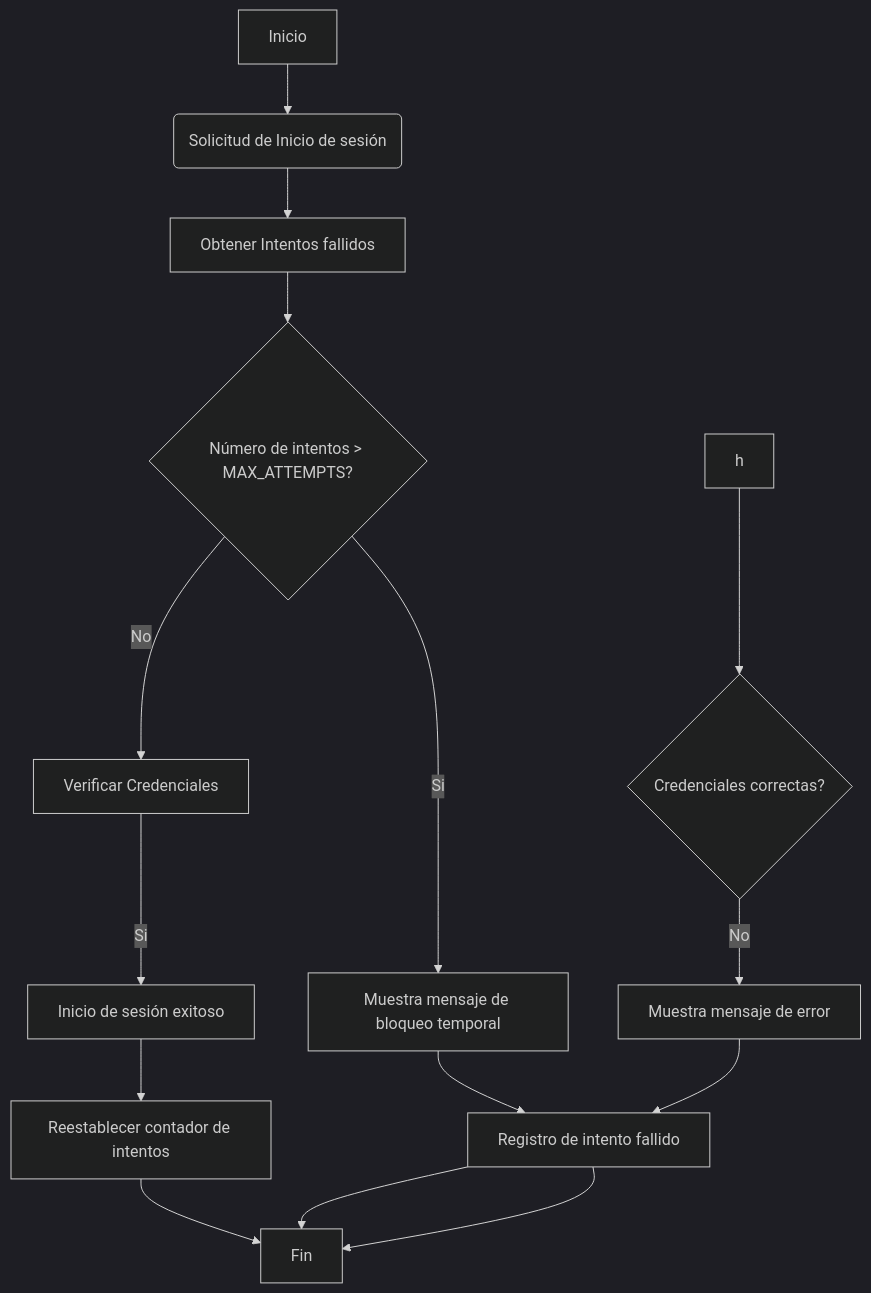
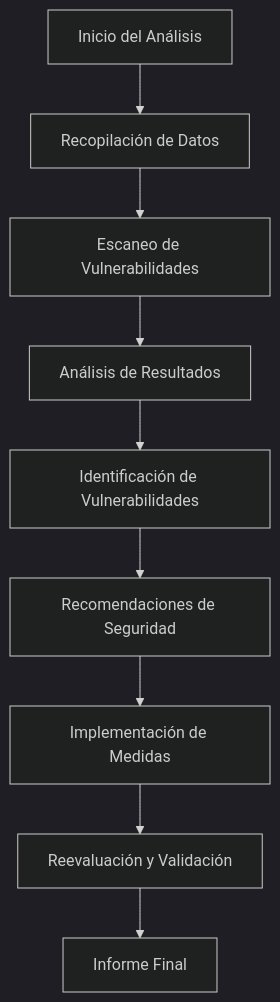
Before and after one commit to Krapulita/Informes: the diagram in Informe_Forense_Evaluacion.md, drawn with Mermaid (dark theme). The commit also changed other lines of this file, not shown here.

Commit message:
se actualiza informe

````diff
--- a/Informe_Forense_Evaluacion.md
+++ b/Informe_Forense_Evaluacion.md
@@ -107,17 +105,11 @@
 ```mermaid
-graph TD
-A[Inicio] --> B(Solicitud de Inicio de sesión)
-B --> C[Obtener Intentos fallidos]
-C --> D{Número de intentos > MAX_ATTEMPTS?}
-D -->|Si| E[Muestra mensaje de bloqueo temporal]
-E --> F[Registro de intento fallido]
-F --> G[Fin]
-D --> |No| H[Verificar Credenciales]
-h --> I{Credenciales correctas?}
-H --> |Si| J[Inicio de sesión exitoso]
-J --> K[Reestablecer contador de intentos]
-K --> G[Fin]
-I --> |No| L[Muestra mensaje de error]
-L --> F[Registro de intento fallido]
-F --> G[Fin]
+flowchart TD
+    A[Inicio del Análisis] --> B[Recopilación de Datos]
+    B --> C[Escaneo de Vulnerabilidades]
+    C --> D[Análisis de Resultados]
+    D --> E[Identificación de Vulnerabilidades]
+    E --> F[Recomendaciones de Seguridad]
+    F --> G[Implementación de Medidas]
+    G --> H[Reevaluación y Validación]
+    H --> I[Informe Final]
 ```
````
